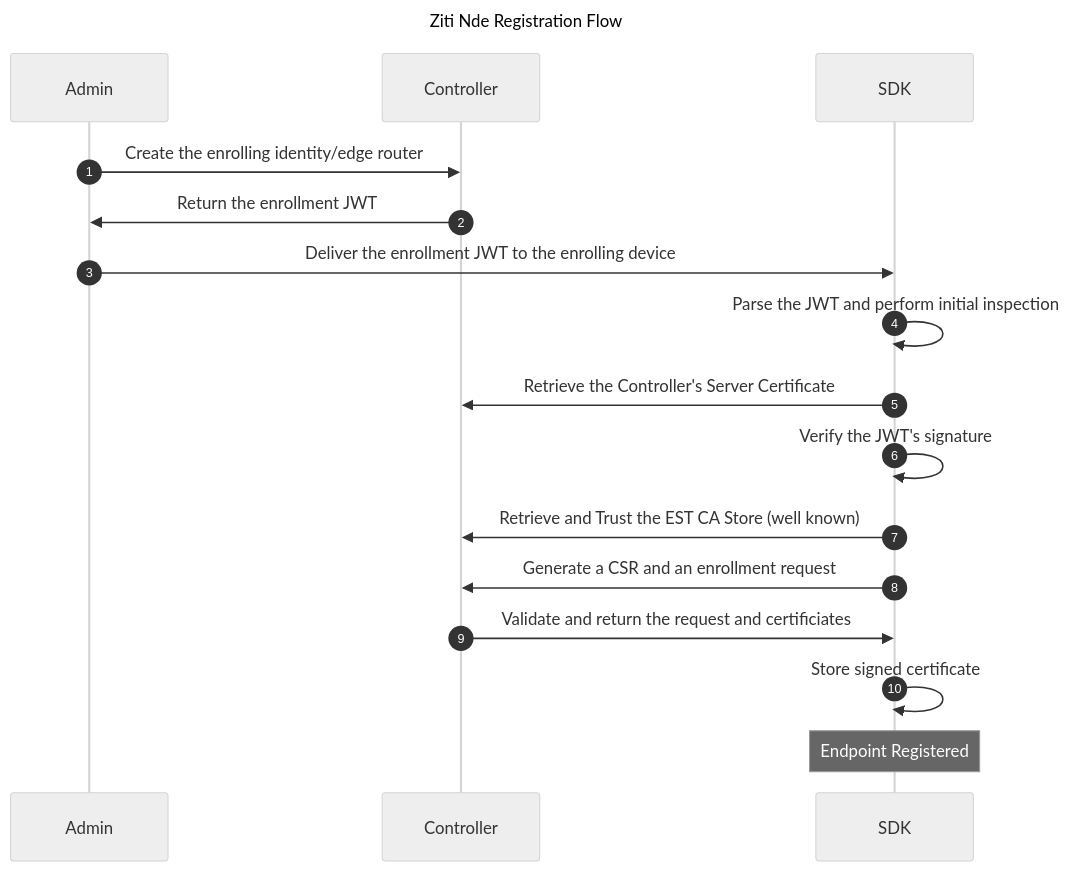
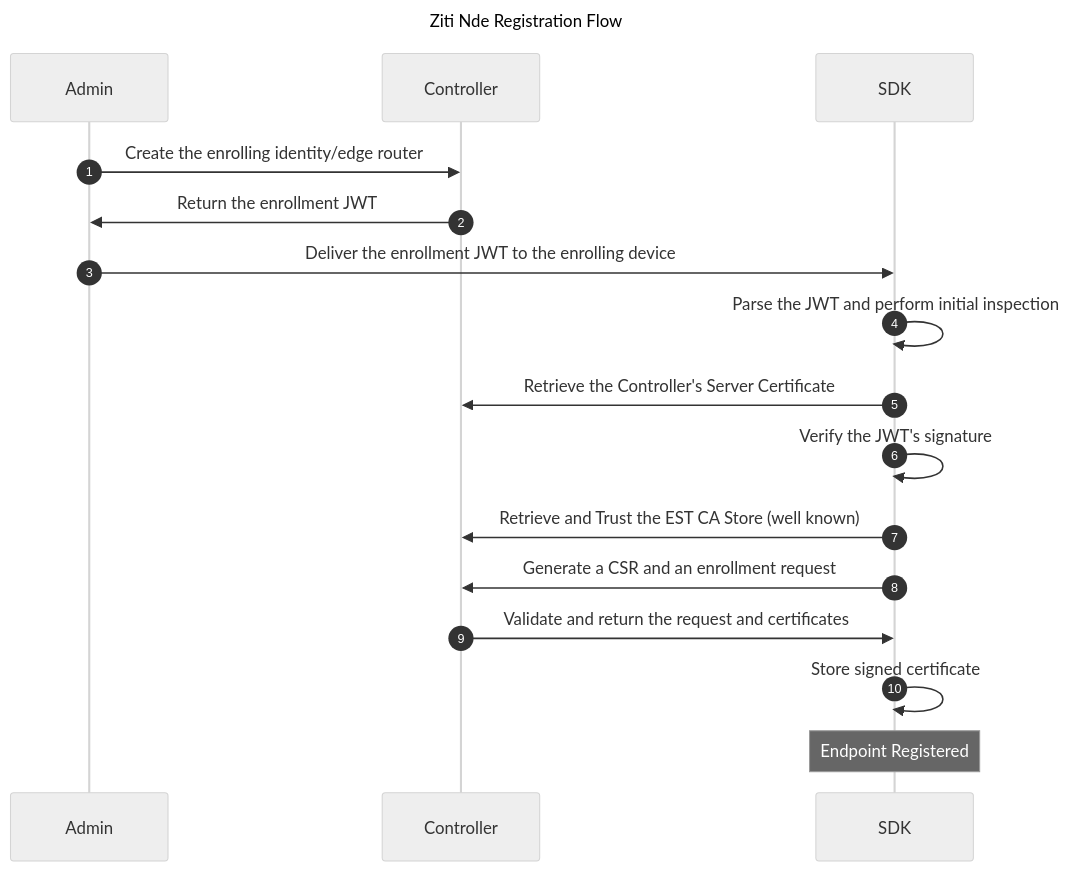
Before and after one commit to openziti/ziti-doc: the diagram in docusaurus/docs/learn/core-concepts/clients/process-sequences/EndpointRegistration.md, drawn with Mermaid (neutral theme). The commit also changed other lines of this file and 6 other files, not shown here.

````diff
--- a/docusaurus/docs/learn/core-concepts/clients/process-sequences/EndpointRegistration.md
+++ b/docusaurus/docs/learn/core-concepts/clients/process-sequences/EndpointRegistration.md
@@ -3,16 +3,16 @@
 ```mermaid
 sequenceDiagram
 title Ziti Nde Registration Flow
 autonumber 1
 Admin->> Controller:Create the enrolling identity/edge router
 Controller ->> Admin: Return the enrollment JWT
 Admin->> SDK: Deliver the enrollment JWT to the enrolling device
 SDK->> SDK : Parse the JWT and perform initial inspection
 SDK ->> Controller:Retrieve the Controller's Server Certificate
 SDK ->> SDK: Verify the JWT's signature
 SDK ->> Controller: Retrieve and Trust the EST CA Store (well known)
 SDK ->> Controller : Generate a CSR and an enrollment request
-Controller ->> SDK : Validate and return the request and certificiates
+Controller ->> SDK : Validate and return the request and certificates
 SDK ->> SDK: Store signed certificate
 note over SDK: Endpoint Registered
 ```
````
